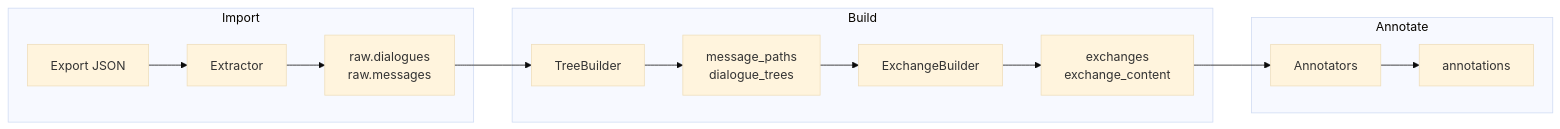
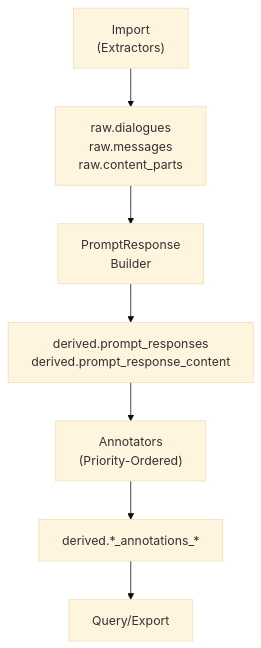
Before and after one commit to dmarx/chat2obs: the fourth of 4 diagrams in docs/index.md, drawn with Mermaid (base theme). The commit also changed other lines of this file and 7 other files, not shown here.

````diff
--- a/docs/index.md
+++ b/docs/index.md
@@ -218,19 +180,12 @@
 ```mermaid
-flowchart LR
-    subgraph Import
-        JSON["Export JSON"] --> Extract["Extractor"]
-        Extract --> Raw["raw.dialogues<br/>raw.messages"]
-    end
+flowchart TD
+    Import["Import<br/>(Extractors)"] --> Raw["raw.dialogues<br/>raw.messages<br/>raw.content_parts"]
     
-    subgraph Build
-        Raw --> Trees["TreeBuilder"]
-        Trees --> Paths["message_paths<br/>dialogue_trees"]
-        Paths --> Exchanges["ExchangeBuilder"]
-        Exchanges --> Exch["exchanges<br/>exchange_content"]
-    end
+    Raw --> Builder["PromptResponse<br/>Builder"]
+    Builder --> PRs["derived.prompt_responses<br/>derived.prompt_response_content"]
     
-    subgraph Annotate
-        Exch --> Ann["Annotators"]
-        Ann --> Annot["annotations"]
-    end
+    PRs --> Annotators["Annotators<br/>(Priority-Ordered)"]
+    Annotators --> Annotations["derived.*_annotations_*"]
+    
+    Annotations --> Query["Query/Export"]
 ```
````
